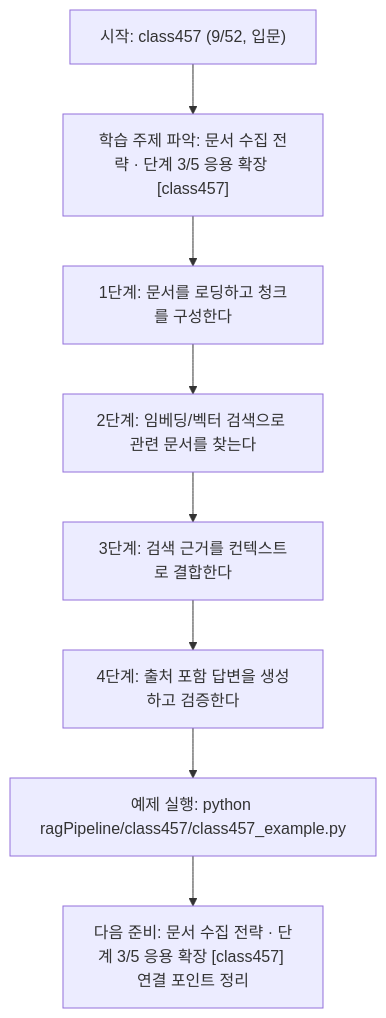
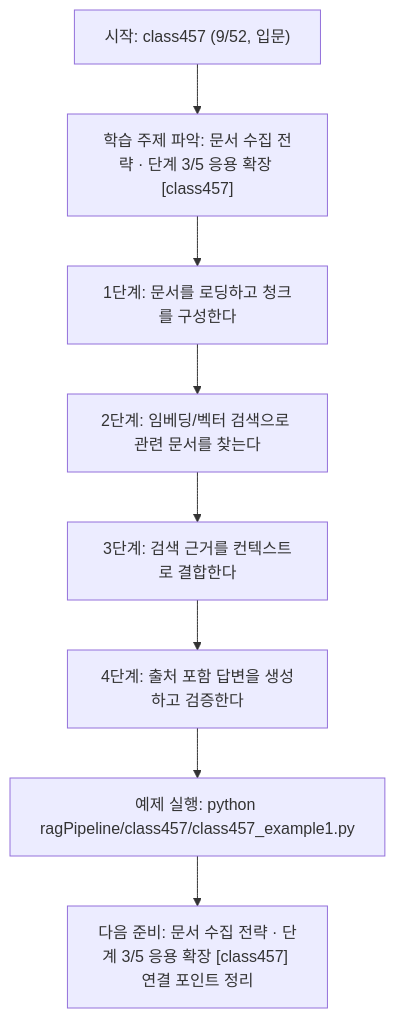
One commit to edumgt/Python-AI_Agent-Class changed the diagram in ragPipeline/class457/class457.md. Above: the diagram before and after it, drawn with Mermaid. The commit also changed other lines of this file and 2959 other files, not shown here.

````diff
--- a/ragPipeline/class457/class457.md
+++ b/ragPipeline/class457/class457.md
@@ -111,18 +111,18 @@
 ```mermaid
 flowchart TD
 N1["시작: class457 (9/52, 입문)"]
 N2["학습 주제 파악: 문서 수집 전략 · 단계 3/5 응용 확장 [class457]"]
 N3["1단계: 문서를 로딩하고 청크를 구성한다"]
 N4["2단계: 임베딩/벡터 검색으로 관련 문서를 찾는다"]
 N5["3단계: 검색 근거를 컨텍스트로 결합한다"]
 N6["4단계: 출처 포함 답변을 생성하고 검증한다"]
-N7["예제 실행: python ragPipeline/class457/class457_example.py"]
+N7["예제 실행: python ragPipeline/class457/class457_example1.py"]
 N8["다음 준비: 문서 수집 전략 · 단계 3/5 응용 확장 [class457] 연결 포인트 정리"]
 N1 --> N2
 N2 --> N3
 N3 --> N4
 N4 --> N5
 N5 --> N6
 N6 --> N7
 N7 --> N8
 ```
````
